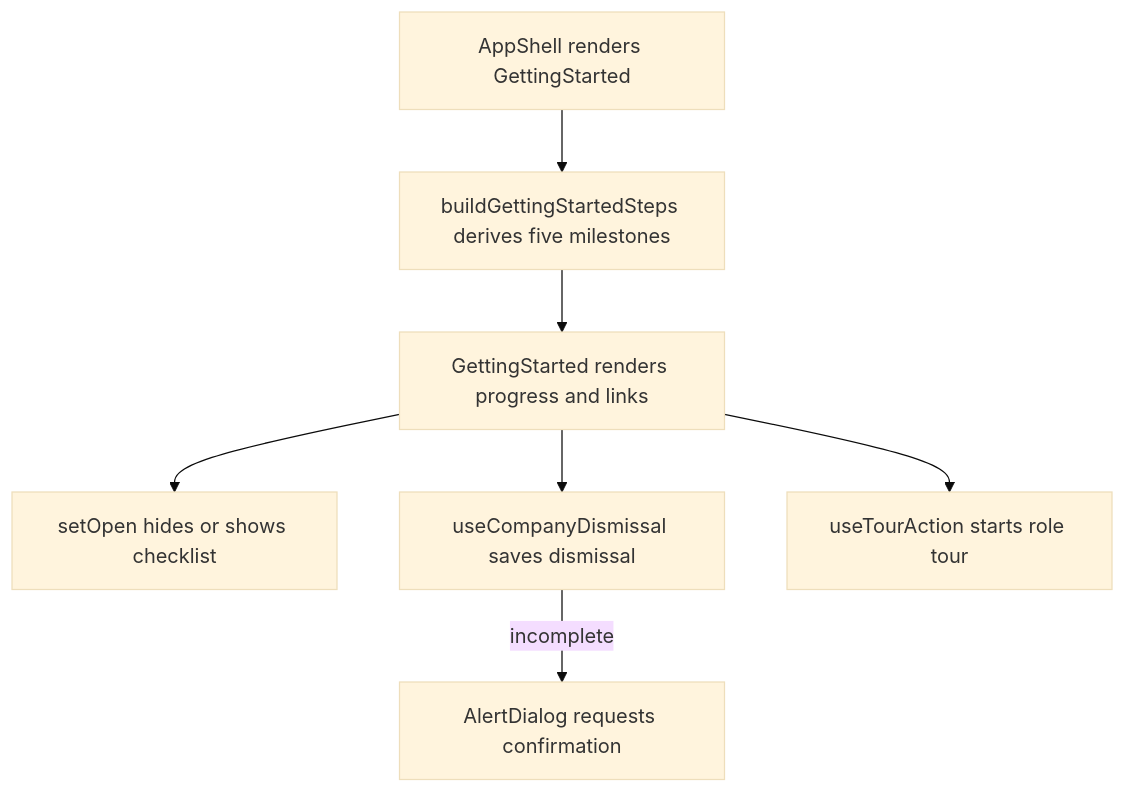
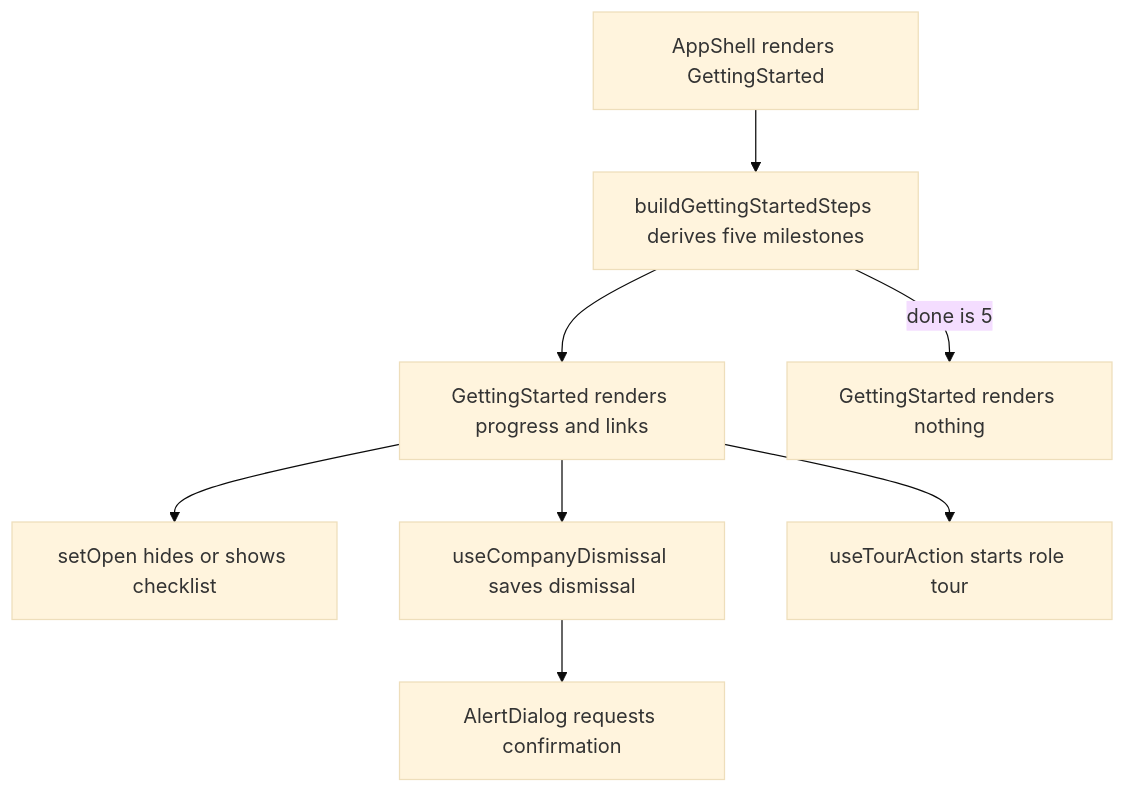
Before and after one commit to Kevinjohn/capacitylens: the second of 2 diagrams in user-stories/navigation/US-NAV-13-getting-started.md, drawn with Mermaid (base theme). The commit also changed other lines of this file and 35 other files, not shown here.

````diff
--- a/user-stories/navigation/US-NAV-13-getting-started.md
+++ b/user-stories/navigation/US-NAV-13-getting-started.md
@@ -35,9 +35,10 @@
 ```mermaid
 flowchart TD
   shell["AppShell renders GettingStarted"] --> steps["buildGettingStartedSteps derives five milestones"]
   steps --> panel["GettingStarted renders progress and links"]
   panel --> toggle["setOpen hides or shows checklist"]
   panel --> dismiss["useCompanyDismissal saves dismissal"]
-  dismiss -->|incomplete| confirm["AlertDialog requests confirmation"]
+  dismiss --> confirm["AlertDialog requests confirmation"]
+  steps -->|done is 5| hidden["GettingStarted renders nothing"]
   panel --> tour["useTourAction starts role tour"]
 ```
````
